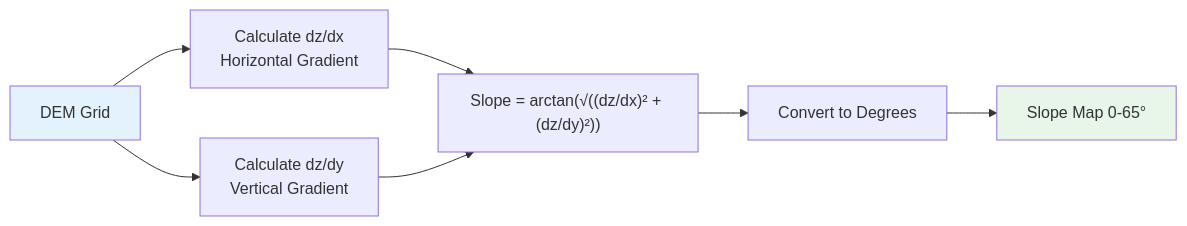
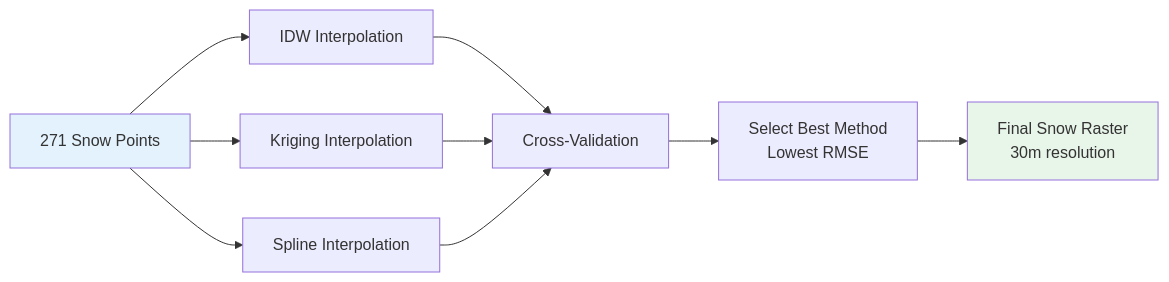
The first of 7 diagrams in skiing_resort_analysis/README.md (AmroEid77/GeoCodex), drawn with Mermaid before and after one commit. The commit also changed other lines of this file, not shown here.

````diff
--- a/skiing_resort_analysis/README.md
+++ b/skiing_resort_analysis/README.md
@@ -780,12 +151,16 @@
 ```mermaid
 graph LR
-    A[DEM Grid] --> B[Calculate dz/dx<br/>Horizontal Gradient]
-    A --> C[Calculate dz/dy<br/>Vertical Gradient]
-    B --> D["Slope = arctan(√((dz/dx)² + (dz/dy)²))"]
-    C --> D
-    D --> E[Convert to Degrees]
-    E --> F[Slope Map 0-65°]
+    A[271 Snow Points] --> B[IDW Interpolation]
+    A --> C[Kriging Interpolation]
+    A --> D[Spline Interpolation]
+    
+    B --> E[Cross-Validation]
+    C --> E
+    D --> E
+    
+    E --> F[Select Best Method<br/>Lowest RMSE]
+    F --> G[Final Snow Raster<br/>30m resolution]
     
     style A fill:#e3f2fd
-    style F fill:#e8f5e9
+    style G fill:#e8f5e9
 ```
````
